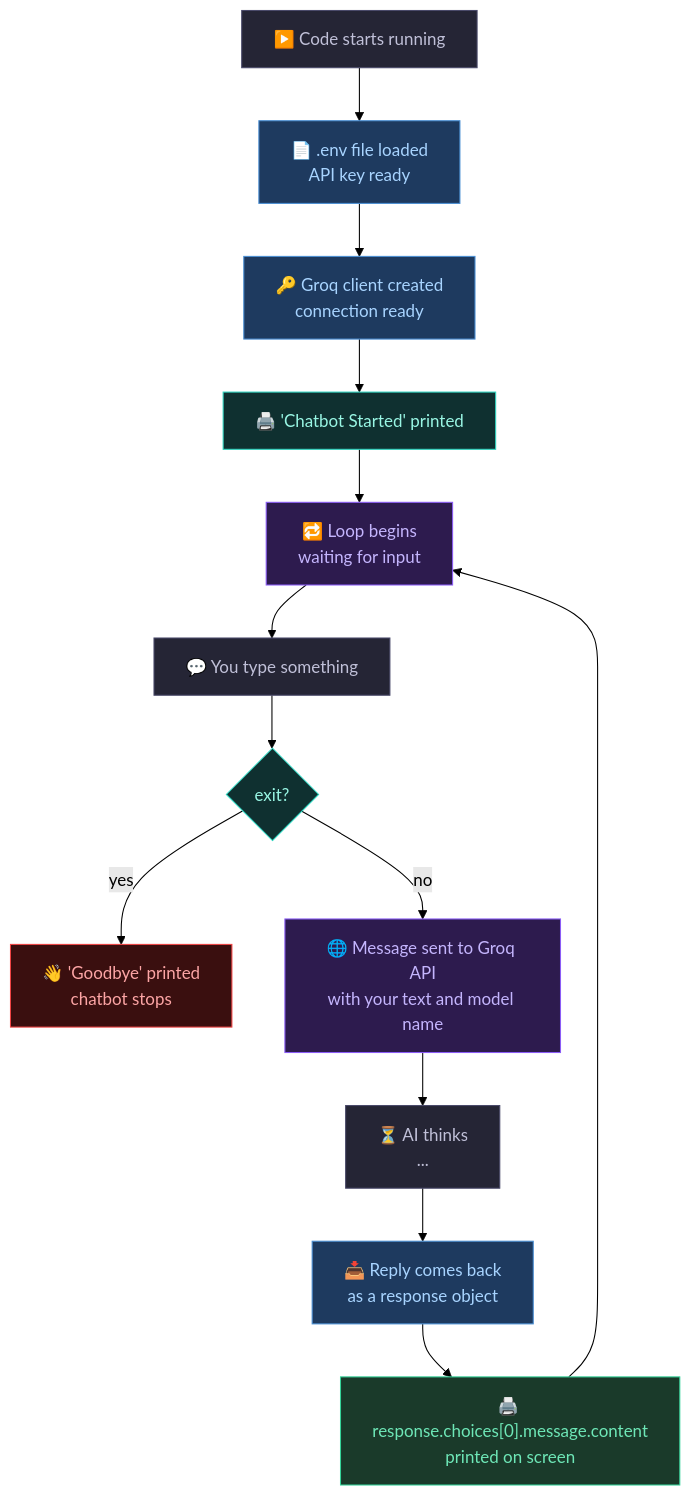
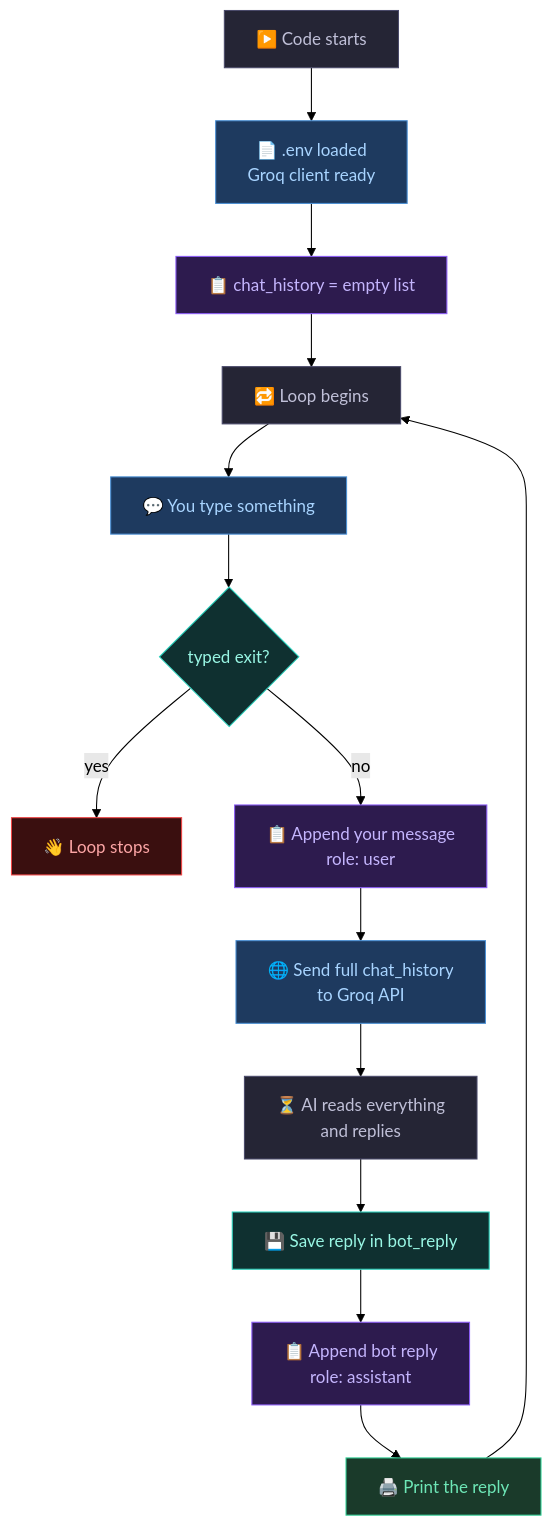
The seventh of 9 diagrams in README.md (abdulsamadxai/groq-chatbot-basic), drawn with Mermaid (forest theme) before and after one commit. The commit also changed other lines of this file, not shown here.

First line of the commit message:
Revise README for chatbot memory feature

````diff
--- a/README.md
+++ b/README.md
@@ -236,23 +276,24 @@
 ```mermaid
 flowchart TD
-    START["▶️ Code starts running"]:::gray
-    START --> LOAD["📄 .env file loaded\nAPI key ready"]:::blue
-    LOAD --> CLIENT["🔑 Groq client created\nconnection ready"]:::blue
-    CLIENT --> PRINT["🖨️ 'Chatbot Started' printed"]:::teal
-    PRINT --> LOOP["🔁 Loop begins\nwaiting for input"]:::purple
-    LOOP --> INPUT["💬 You type something"]:::gray
-    INPUT --> CHECK{"exit?"}:::teal
-    CHECK -->|yes| BYE["👋 'Goodbye' printed\nchatbot stops"]:::red
-    CHECK -->|no| API["🌐 Message sent to Groq API\nwith your text and model name"]:::purple
-    API --> WAIT["⏳ AI thinks\n..."]:::gray
-    WAIT --> REPLY["📥 Reply comes back\nas a response object"]:::blue
-    REPLY --> SHOW["🖨️ response.choices[0].message.content\nprinted on screen"]:::green
-    SHOW --> LOOP
+    START["▶️ Code starts"]:::gray
+    START --> LOAD["📄 .env loaded\nGroq client ready"]:::blue
+    LOAD --> HIST["📋 chat_history = empty list"]:::purple
+    HIST --> LOOP["🔁 Loop begins"]:::gray
+    LOOP --> INPUT["💬 You type something"]:::blue
+    INPUT --> EXIT{"typed exit?"}:::teal
+    EXIT -->|yes| BYE["👋 Loop stops"]:::red
+    EXIT -->|no| APP1["📋 Append your message\nrole: user"]:::purple
+    APP1 --> API["🌐 Send full chat_history\nto Groq API"]:::blue
+    API --> WAIT["⏳ AI reads everything\nand replies"]:::gray
+    WAIT --> SAVE["💾 Save reply in bot_reply"]:::teal
+    SAVE --> APP2["📋 Append bot reply\nrole: assistant"]:::purple
+    APP2 --> PRINT["🖨️ Print the reply"]:::green
+    PRINT --> LOOP
 
     classDef gray fill:#252535,stroke:#4a4a6a,color:#c0c0d8
     classDef blue fill:#1e3a5f,stroke:#4a8fd4,color:#a8d4ff
     classDef purple fill:#2d1b4e,stroke:#8b5cf6,color:#c4b5fd
     classDef teal fill:#0f3030,stroke:#2dd4bf,color:#99f6e4
     classDef green fill:#1a3a2a,stroke:#34d399,color:#6ee7b7
     classDef red fill:#3a0f0f,stroke:#ef4444,color:#fca5a5
 ```
````
